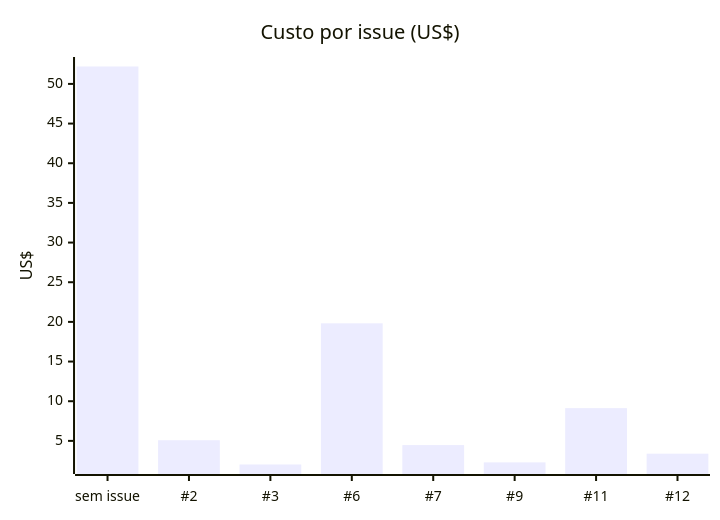
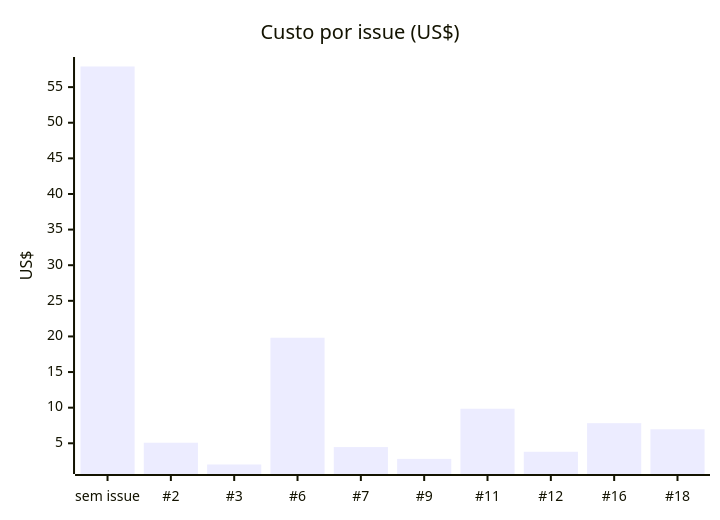
Before and after one commit to betoth/cantina: the first of 2 diagrams in docs/ai-costs.md, drawn with Mermaid. The commit also changed other lines of this file and 36 other files, not shown here.

Commit message:
feat(harness): lean flow with refine grilling, task and retro skills (#18) (#19)

````diff
--- a/docs/ai-costs.md
+++ b/docs/ai-costs.md
@@ -10,7 +10,7 @@
 ```mermaid
 xychart-beta
     title "Custo por issue (US$)"
-    x-axis ["sem issue", "#2", "#3", "#6", "#7", "#9", "#11", "#12"]
+    x-axis ["sem issue", "#2", "#3", "#6", "#7", "#9", "#11", "#12", "#16", "#18"]
     y-axis "US$"
-    bar [52.1946, 5.0819, 2.0224, 19.8174, 4.4679, 2.2922, 9.1305, 3.3871]
+    bar [57.8945, 5.0819, 2.0224, 19.8174, 4.4679, 2.8084, 9.8496, 3.8092, 7.8240, 6.9684]
 ```
````
